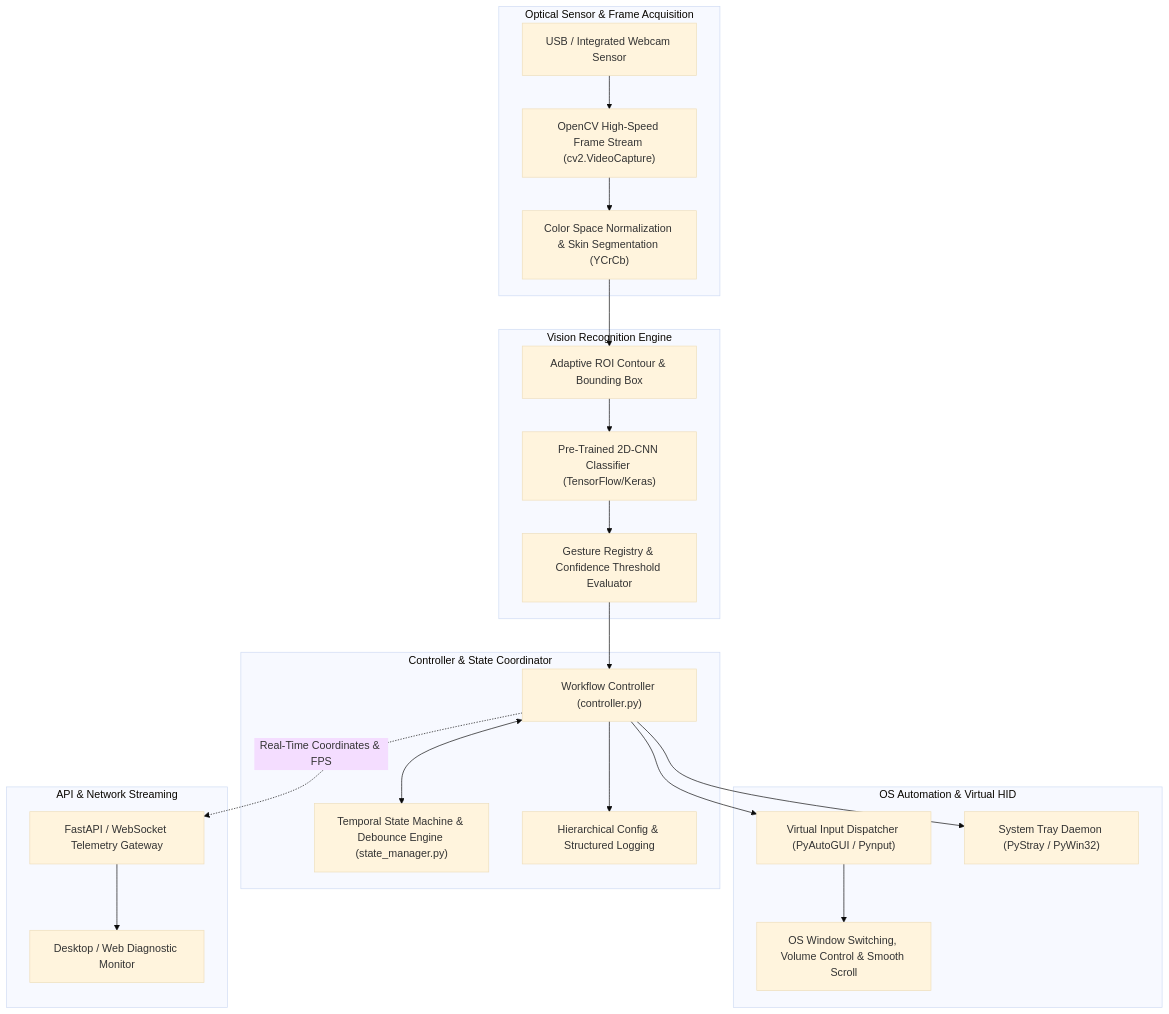
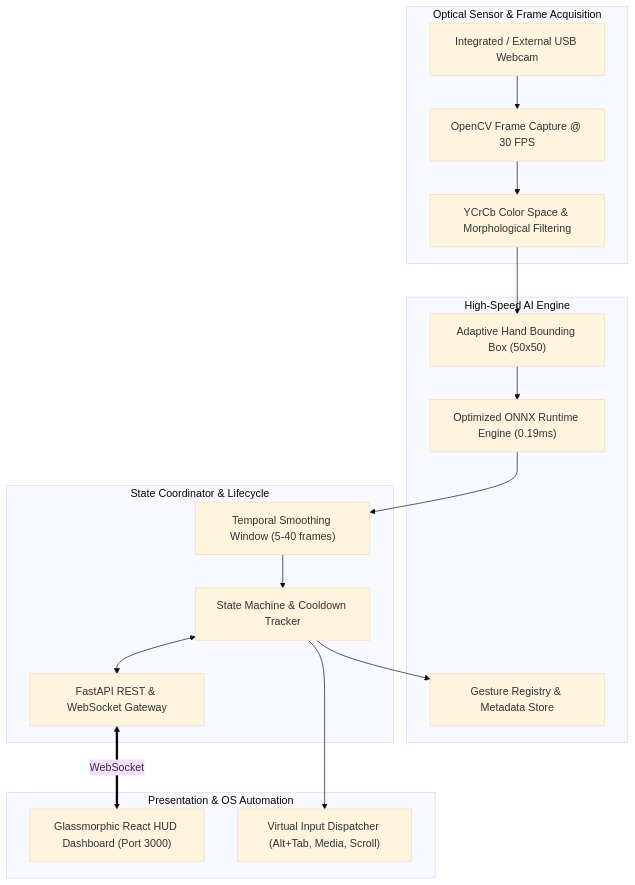
Before and after one commit to shlokbshetty/GestureOS: the diagram in README.md, drawn with Mermaid (base theme). The commit also changed other lines of this file and 2 other files, not shown here.

Commit message:
docs: overhaul enterprise documentation, architecture diagrams, and API specifications

````diff
--- a/README.md
+++ b/README.md
@@ -16,48 +28,36 @@
 ```mermaid
 graph TD
     subgraph VideoCaptureTier ["Optical Sensor & Frame Acquisition"]
-        Webcam["USB / Integrated Webcam Sensor"]
-        OpenCVStream["OpenCV High-Speed Frame Stream (cv2.VideoCapture)"]
-        YCrCb["Color Space Normalization & Skin Segmentation (YCrCb)"]
+        Webcam["Integrated / External USB Webcam"]
+        OpenCVStream["OpenCV Frame Capture @ 30 FPS"]
+        YCrCb["YCrCb Color Space & Morphological Filtering"]
     end
 
-    subgraph InferenceEngine ["Vision Recognition Engine"]
-        ROIExtract["Adaptive ROI Contour & Bounding Box"]
-        CNN["Pre-Trained 2D-CNN Classifier (TensorFlow/Keras)"]
-        Registry["Gesture Registry & Confidence Threshold Evaluator"]
+    subgraph InferenceEngine ["High-Speed AI Engine"]
+        ROIExtract["Adaptive Hand Bounding Box (50x50)"]
+        ONNX["Optimized ONNX Runtime Engine (0.19ms)"]
+        Registry["Gesture Registry & Metadata Store"]
     end
 
-    subgraph OrchestrationTier ["Controller & State Coordinator"]
-        Controller["Workflow Controller (controller.py)"]
-        StateMgr["Temporal State Machine & Debounce Engine (state_manager.py)"]
-        ConfigLog["Hierarchical Config & Structured Logging"]
+    subgraph OrchestrationTier ["State Coordinator & Lifecycle"]
+        StateMgr["State Machine & Cooldown Tracker"]
+        Smoother["Temporal Smoothing Window (5-40 frames)"]
+        FastAPI["FastAPI REST & WebSocket Gateway"]
     end
 
-    subgraph AutomationTier ["OS Automation & Virtual HID"]
-        VirtualHID["Virtual Input Dispatcher (PyAutoGUI / Pynput)"]
-        SysEvents["OS Window Switching, Volume Control & Smooth Scroll"]
-        Tray["System Tray Daemon (PyStray / PyWin32)"]
-    end
-
-    subgraph TelemetryGateway ["API & Network Streaming"]
-        FastAPI["FastAPI / WebSocket Telemetry Gateway"]
-        WebUI["Desktop / Web Diagnostic Monitor"]
+    subgraph UserTier ["Presentation & OS Automation"]
+        ReactUI["Glassmorphic React HUD Dashboard (Port 3000)"]
+        VirtualHID["Virtual Input Dispatcher (Alt+Tab, Media, Scroll)"]
     end
 
     Webcam --> OpenCVStream
     OpenCVStream --> YCrCb
     YCrCb --> ROIExtract
-    ROIExtract --> CNN
-    CNN --> Registry
-
-    Registry --> Controller
-    Controller <--> StateMgr
-    Controller --> ConfigLog
-
-    Controller --> VirtualHID
-    VirtualHID --> SysEvents
-    Controller --> Tray
-
-    Controller -.->|Real-Time Coordinates & FPS| FastAPI
-    FastAPI --> WebUI
+    ROIExtract --> ONNX
+    ONNX --> Smoother
+    Smoother --> StateMgr
+    StateMgr --> Registry
+    StateMgr --> VirtualHID
+    StateMgr <--> FastAPI
+    FastAPI <== WebSocket ==> ReactUI
 ```
````
